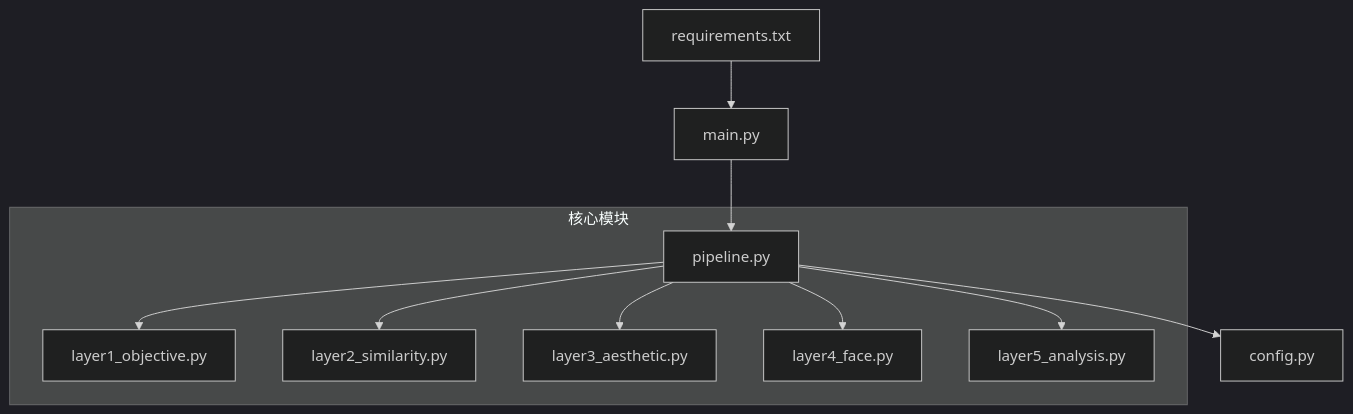
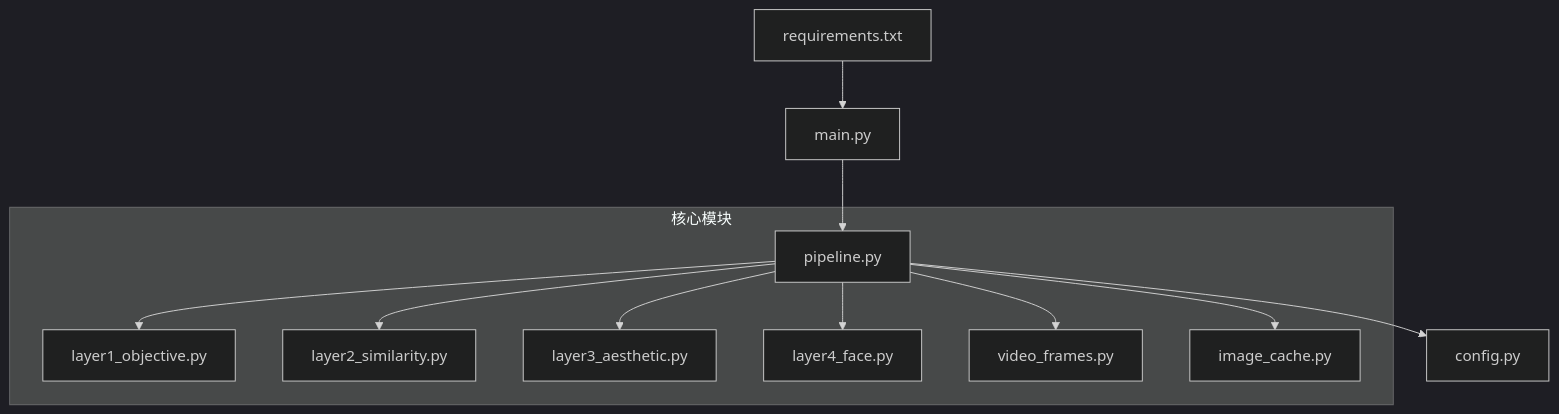
One commit to Frankynwa/photo-rank changed the first of 9 diagrams in wiki/评估层级系统/评估层级系统.md. Above: the diagram before and after it, drawn with Mermaid (dark theme). The commit also changed other lines of this file and 7 other files, not shown here.

````diff
--- a/wiki/评估层级系统/评估层级系统.md
+++ b/wiki/评估层级系统/评估层级系统.md
@@ -52,22 +55,24 @@
 ```mermaid
 graph TB
 subgraph "核心模块"
 L1["layer1_objective.py"]
 L2["layer2_similarity.py"]
 L3["layer3_aesthetic.py"]
 L4["layer4_face.py"]
-L5["layer5_analysis.py"]
+VF["video_frames.py"]
+IC["image_cache.py"]
 P["pipeline.py"]
 end
 CFG["config.py"]
 MAIN["main.py"]
 REQ["requirements.txt"]
 MAIN --> P
 P --> L1
 P --> L2
 P --> L3
 P --> L4
-P --> L5
+P --> VF
+P --> IC
 P --> CFG
 REQ --> MAIN
 ```
````
